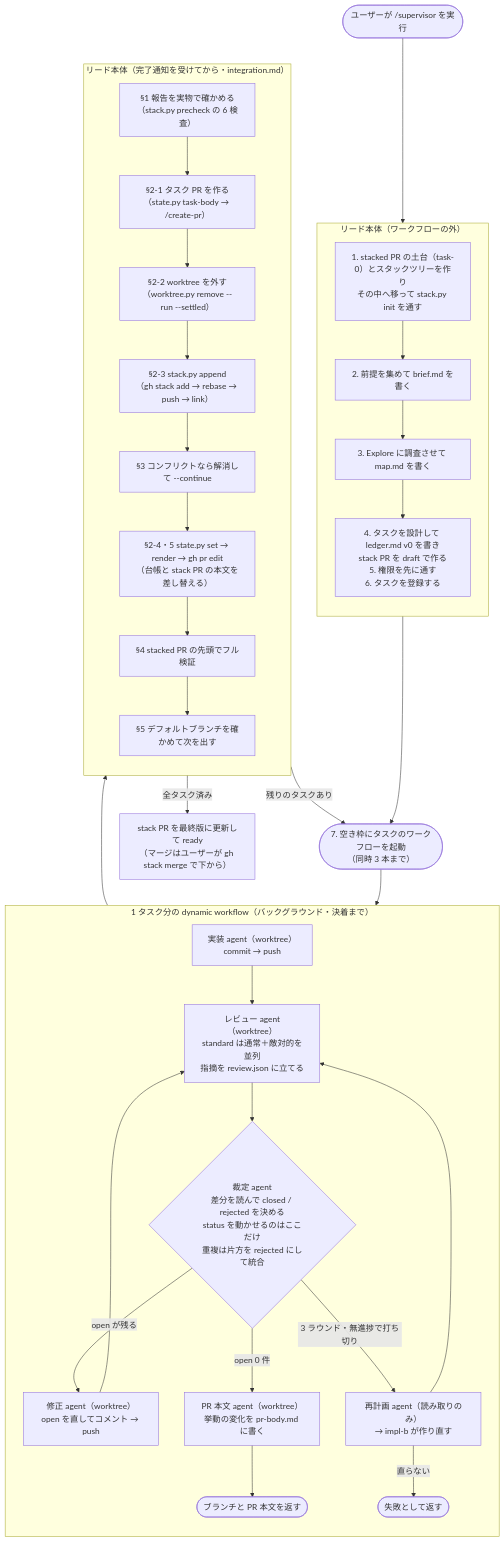
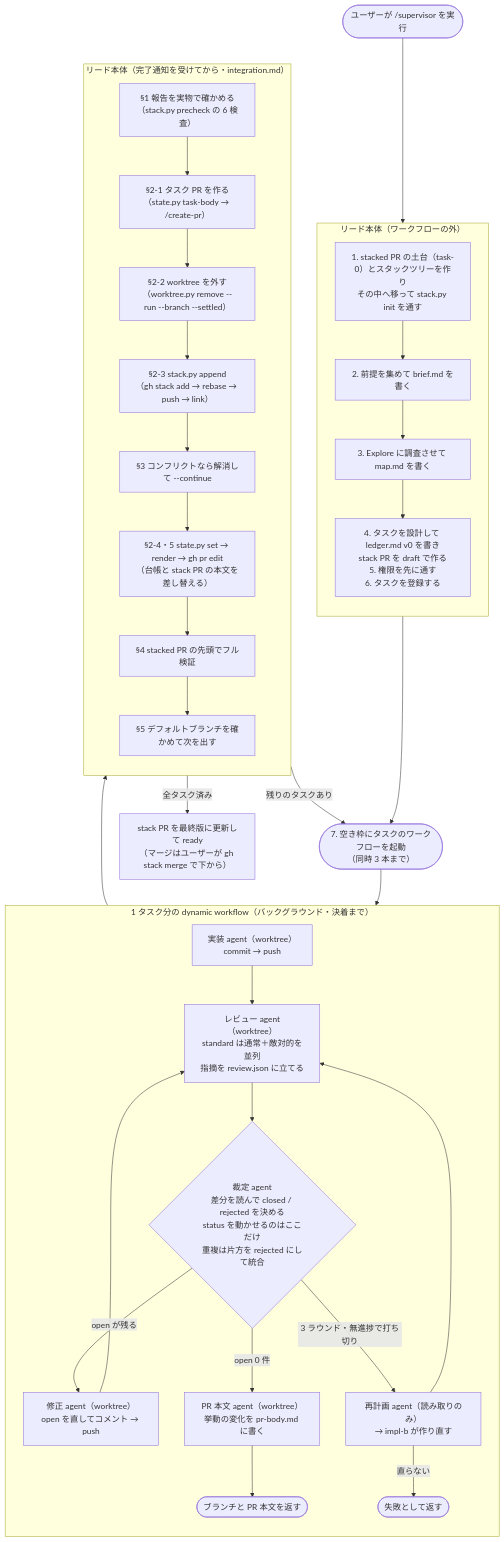
One commit to Luna-rab/dotfiles changed the diagram in .claude/skills/supervisor/design-notes.md. Above: the diagram before and after it, drawn with Mermaid. The commit also changed 16 other files, not shown here.

````diff
--- a/.claude/skills/supervisor/design-notes.md
+++ b/.claude/skills/supervisor/design-notes.md
@@ -109,50 +109,50 @@
 ```mermaid
 flowchart TB
   start([ユーザーが /supervisor を実行]) --> prep
 
   subgraph lead["リード本体（ワークフローの外）"]
     direction TB
     bottom["1. stacked PR の土台（task-0）とスタックツリーを作り<br/>その中へ移って stack.py init を通す"]
     prep["2. 前提を集めて brief.md を書く"]
     survey["3. Explore に調査させて map.md を書く"]
     design["4. タスクを設計して ledger.md v0 を書き<br/>stack PR を draft で作る<br/>5. 権限を先に通す<br/>6. タスクを登録する"]
     bottom --> prep --> survey --> design
   end
 
   design --> launch(["7. 空き枠にタスクのワークフローを起動<br/>（同時 3 本まで）"])
   launch --> wf
 
   subgraph wf["1 タスク分の dynamic workflow（バックグラウンド・決着まで）"]
     direction TB
     impl["実装 agent（worktree）<br/>commit → push"]
     rev["レビュー agent（worktree）<br/>standard は通常＋敵対的を並列<br/>指摘を review.json に立てる"]
     judge{"裁定 agent<br/>差分を読んで closed / rejected を決める<br/>status を動かせるのはここだけ<br/>重複は片方を rejected にして統合"}
     fix["修正 agent（worktree）<br/>open を直してコメント → push"]
     esc["再計画 agent（読み取りのみ）<br/>→ impl-b が作り直す"]
     prbody["PR 本文 agent（worktree）<br/>挙動の変化を pr-body.md に書く"]
     impl --> rev --> judge
     judge -->|open が残る| fix --> rev
     judge -->|3 ラウンド・無進捗で打ち切り| esc --> rev
     judge -->|open 0 件| prbody
     prbody --> done([ブランチと PR 本文を返す])
     esc -->|直らない| fail([失敗として返す])
   end
 
   wf --> after
 
   subgraph after["リード本体（完了通知を受けてから・integration.md）"]
     direction TB
     verify["§1 報告を実物で確かめる<br/>（stack.py precheck の 6 検査）"]
     mkpr["§2-1 タスク PR を作る<br/>（state.py task-body → /create-pr）"]
-    clean["§2-2 worktree を外す<br/>（worktree.py remove --run --settled）"]
+    clean["§2-2 worktree を外す<br/>（worktree.py remove --run --branch --settled）"]
     lane["§2-3 stack.py append<br/>（gh stack add → rebase → push → link）"]
     conf["§3 コンフリクトなら解消して --continue"]
     body["§2-4・5 state.py set → render → gh pr edit<br/>（台帳と stack PR の本文を差し替える）"]
     ci["§4 stacked PR の先頭でフル検証"]
     ledger["§5 デフォルトブランチを確かめて次を出す"]
     verify --> mkpr --> clean --> lane --> conf --> body --> ci --> ledger
   end
 
   ledger -->|残りのタスクあり| launch
   ledger -->|全タスク済み| finalpr["stack PR を最終版に更新して ready<br/>（マージはユーザーが gh stack merge で下から）"]
 ```
````
